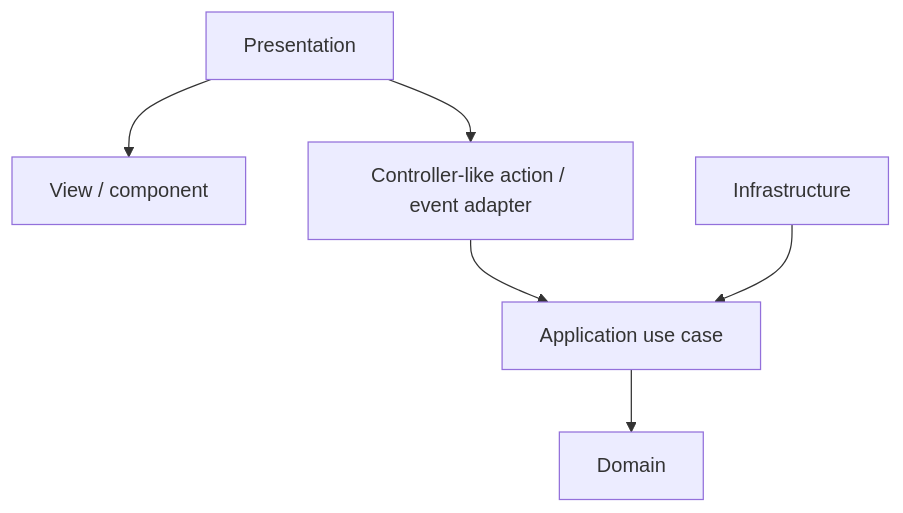
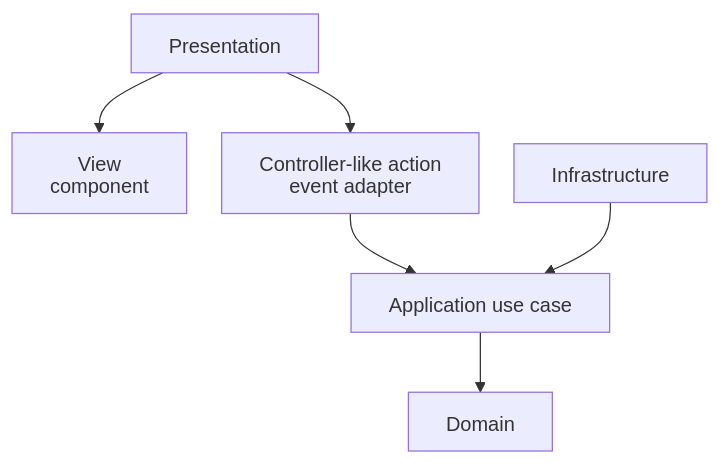
Before and after one commit to AndresTaoFlorez/software-architecture: the third of 4 diagrams in architecture/patterns/presentation/model-view-controller/README.md, drawn with Mermaid. The commit also changed other lines of this file and 79 other files, not shown here.

````diff
--- a/architecture/patterns/presentation/model-view-controller/README.md
+++ b/architecture/patterns/presentation/model-view-controller/README.md
@@ -96,9 +140,10 @@
 ```mermaid
+%%{init: {"htmlLabels": false, "flowchart": {"htmlLabels": false, "nodeSpacing": 28, "rankSpacing": 48, "diagramPadding": 20, "wrappingWidth": 280}, "sequence": {"wrap": true, "diagramMarginX": 20, "diagramMarginY": 20}}}%%
 flowchart TD
     PRES["Presentation"]
-    PRES --> V["View / component"]
-    PRES --> C["Controller-like action / event adapter"]
+    PRES --> V["View<br/>component"]
+    PRES --> C["Controller-like action<br/>event adapter"]
     C --> APP["Application use case"]
     APP --> DOMAIN["Domain"]
     INFRA["Infrastructure"] --> APP
 ```
````
